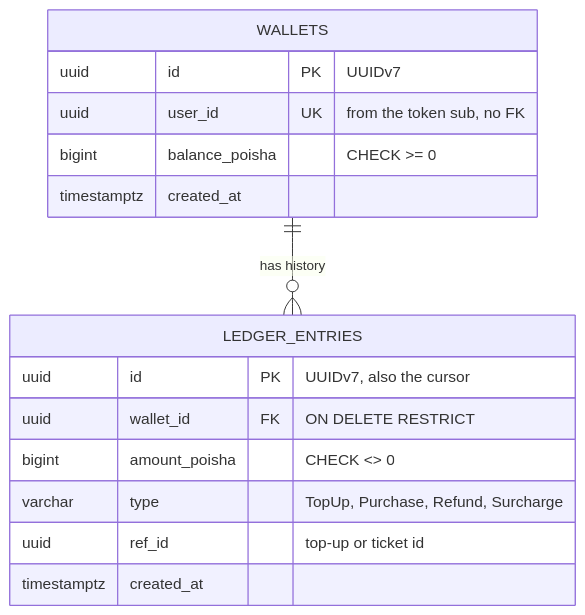
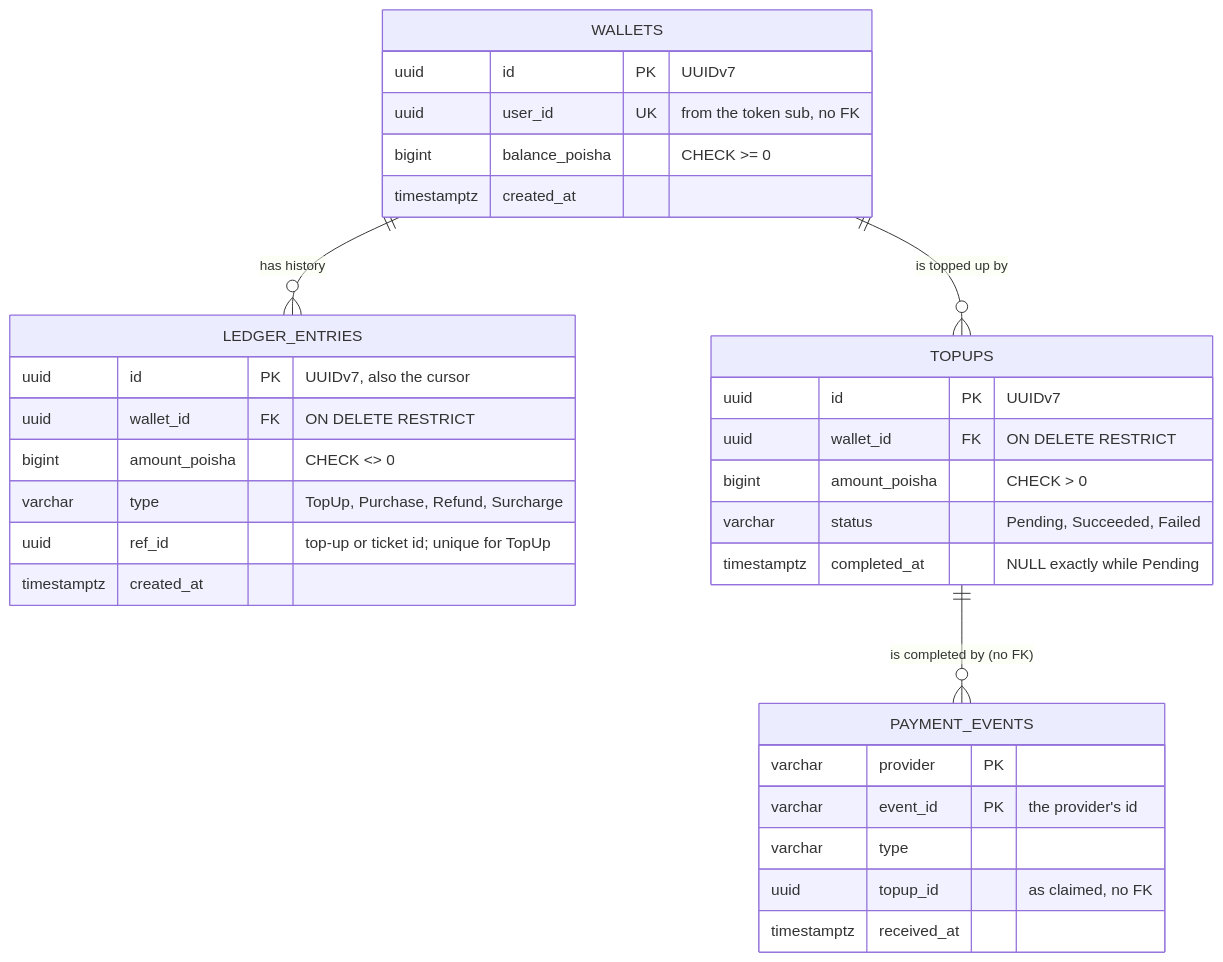
The third of 3 diagrams in README.md (istiak133/transit-pass), drawn with Mermaid before and after one commit. The commit also changed other lines of this file and 21 other files, not shown here.

First line of the commit message:
feat(core): top-up through an HMAC-signed payment webhook (#14)

````diff
--- a/README.md
+++ b/README.md
@@ -142,18 +146,34 @@
 ```mermaid
 erDiagram
     WALLETS ||--o{ LEDGER_ENTRIES : "has history"
+    WALLETS ||--o{ TOPUPS : "is topped up by"
+    TOPUPS ||--o{ PAYMENT_EVENTS : "is completed by (no FK)"
     WALLETS {
         uuid id PK "UUIDv7"
         uuid user_id UK "from the token sub, no FK"
         bigint balance_poisha "CHECK >= 0"
         timestamptz created_at
     }
     LEDGER_ENTRIES {
         uuid id PK "UUIDv7, also the cursor"
         uuid wallet_id FK "ON DELETE RESTRICT"
         bigint amount_poisha "CHECK <> 0"
         varchar type "TopUp, Purchase, Refund, Surcharge"
-        uuid ref_id "top-up or ticket id"
+        uuid ref_id "top-up or ticket id; unique for TopUp"
         timestamptz created_at
     }
+    TOPUPS {
+        uuid id PK "UUIDv7"
+        uuid wallet_id FK "ON DELETE RESTRICT"
+        bigint amount_poisha "CHECK > 0"
+        varchar status "Pending, Succeeded, Failed"
+        timestamptz completed_at "NULL exactly while Pending"
+    }
+    PAYMENT_EVENTS {
+        varchar provider PK
+        varchar event_id PK "the provider's id"
+        varchar type
+        uuid topup_id "as claimed, no FK"
+        timestamptz received_at
+    }
 ```
````
